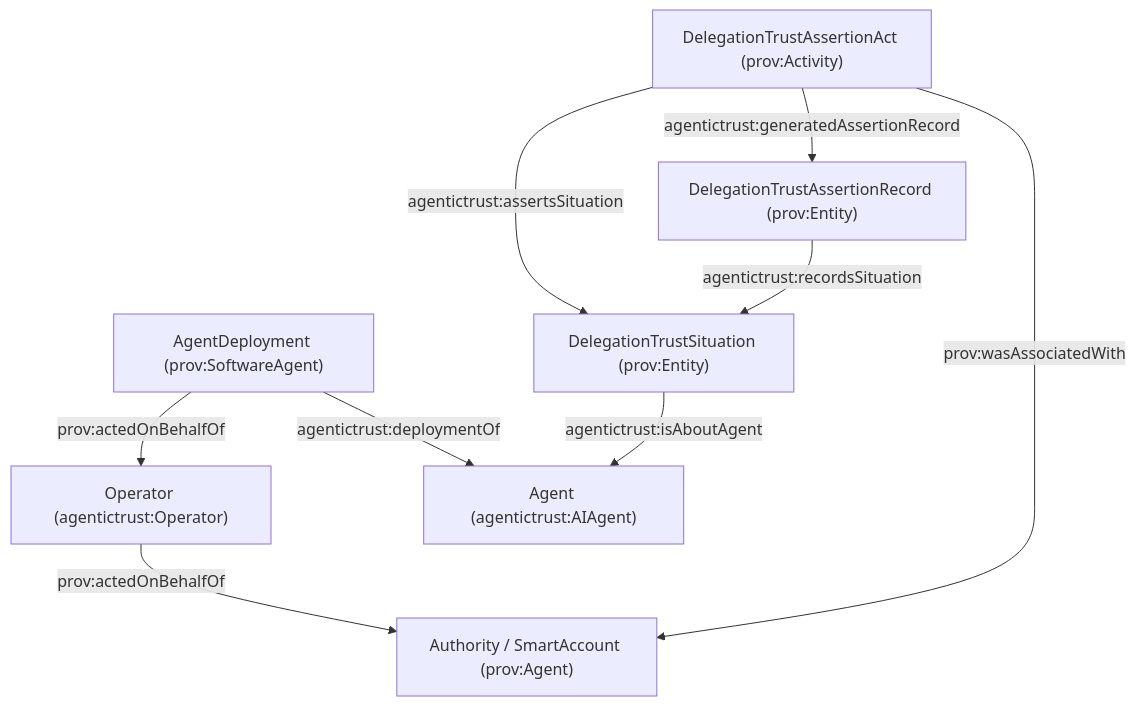
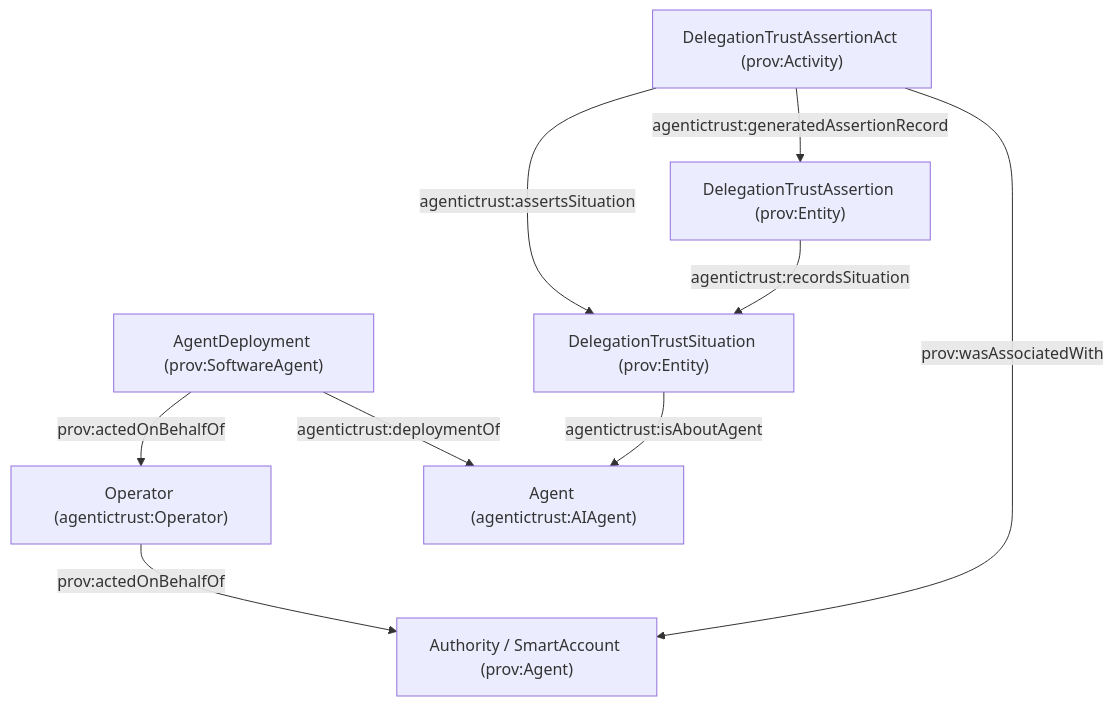
One commit to Agentic-Trust-Layer/agent-explorer changed the first of 2 diagrams in docs/ontology/oidc-a.md. Above: the diagram before and after it, drawn with Mermaid. The commit also changed other lines of this file and 11 other files, not shown here.

````diff
--- a/docs/ontology/oidc-a.md
+++ b/docs/ontology/oidc-a.md
@@ -95,19 +95,19 @@
 ```mermaid
 graph TB
   Authority["Authority / SmartAccount (prov:Agent)"]
   Operator["Operator (agentictrust:Operator)"]
   Agent["Agent (agentictrust:AIAgent)"]
   Deploy["AgentDeployment (prov:SoftwareAgent)"]
   Sit["DelegationTrustSituation (prov:Entity)"]
   Act["DelegationTrustAssertionAct (prov:Activity)"]
-  Rec["DelegationTrustAssertionRecord (prov:Entity)"]
+  Rec["DelegationTrustAssertion (prov:Entity)"]
 
   Deploy -->|agentictrust:deploymentOf| Agent
   Operator -->|prov:actedOnBehalfOf| Authority
   Deploy -->|prov:actedOnBehalfOf| Operator
   Act -->|prov:wasAssociatedWith| Authority
   Sit -->|agentictrust:isAboutAgent| Agent
   Act -->|agentictrust:assertsSituation| Sit
   Act -->|agentictrust:generatedAssertionRecord| Rec
   Rec -->|agentictrust:recordsSituation| Sit
 ```
````
